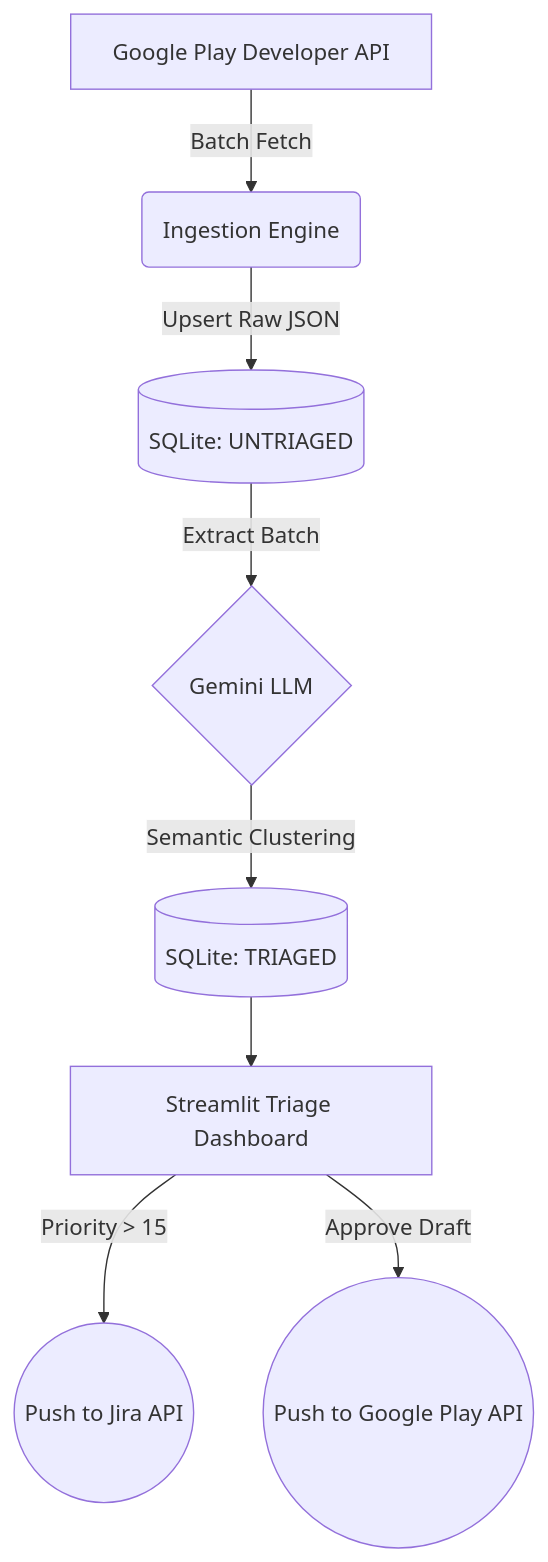
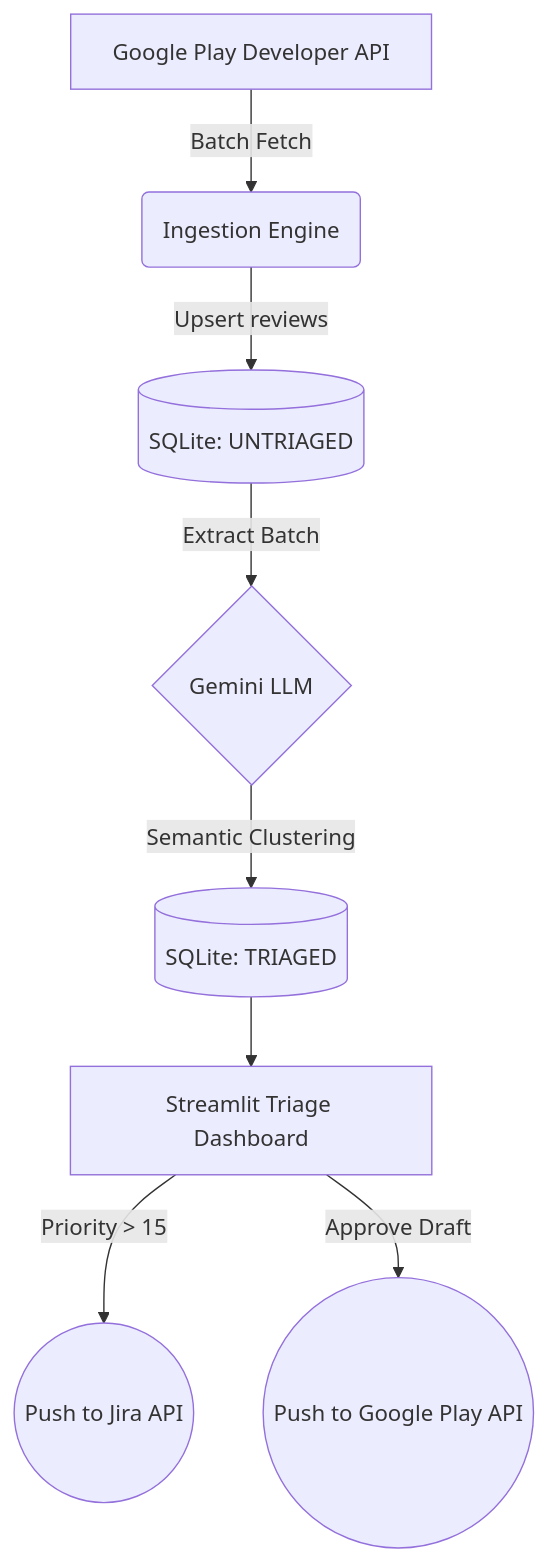
One commit to stonedhawk/review-pulse-AI changed the diagram in README.md. Above: the diagram before and after it, drawn with Mermaid. The commit also changed other lines of this file and 5 other files, not shown here.

````diff
--- a/README.md
+++ b/README.md
@@ -126,13 +126,13 @@
 ```mermaid
 graph TD
     A[Google Play Developer API] -->|Batch Fetch| B(Ingestion Engine)
-    B -->|Upsert Raw JSON| C[(SQLite: UNTRIAGED)]
+    B -->|Upsert reviews| C[(SQLite: UNTRIAGED)]
     
     C -->|Extract Batch| D{Gemini LLM}
     D -->|Semantic Clustering| E[(SQLite: TRIAGED)]
     
     E --> F[Streamlit Triage Dashboard]
     
     F -->|Priority > 15| G((Push to Jira API))
     F -->|Approve Draft| H((Push to Google Play API))
 ```
````
